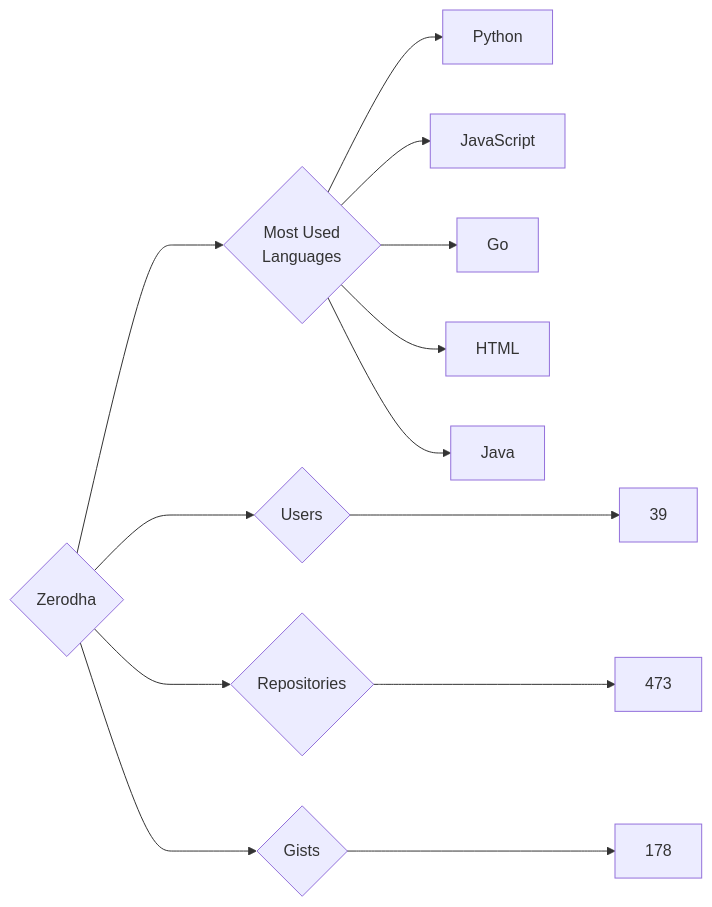
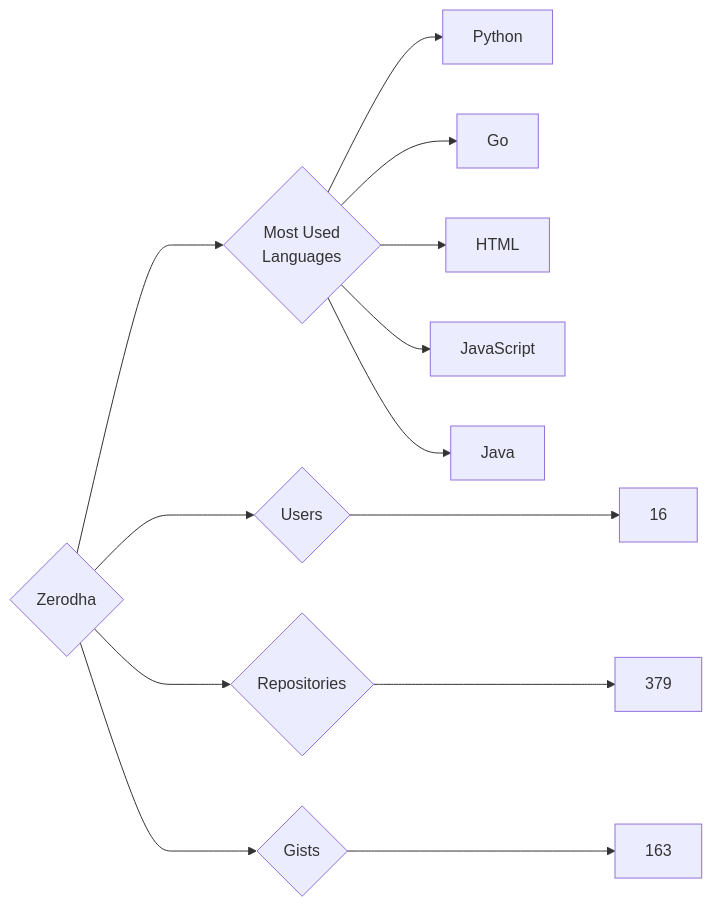
Before and after one commit to trickest/insiders: the diagram in targets/Zerodha/README.md, drawn with Mermaid. The commit also changed 799 other files, not shown here.

````diff
--- a/targets/Zerodha/README.md
+++ b/targets/Zerodha/README.md
@@ -3,13 +3,13 @@
 ```mermaid
 graph LR
 COMPANY_NAME{Zerodha}
-COMPANY_NAME ---> U{Users} ---> UN[39]
-COMPANY_NAME ---> R{Repositories} ---> RN[473]
-COMPANY_NAME ---> G{Gists} ---> GN[178]
+COMPANY_NAME ---> U{Users} ---> UN[16]
+COMPANY_NAME ---> R{Repositories} ---> RN[379]
+COMPANY_NAME ---> G{Gists} ---> GN[163]
 COMPANY_NAME ---> ML{Most Used<br>Languages}
 ML --> Python[Python]
-ML --> JavaScript[JavaScript]
 ML --> Go[Go]
 ML --> HTML[HTML]
+ML --> JavaScript[JavaScript]
 ML --> Java[Java]
 ```
````
